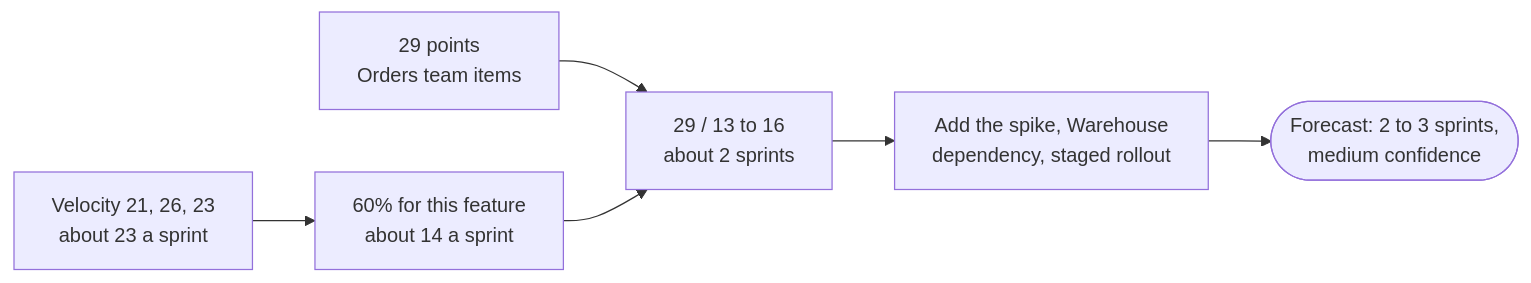
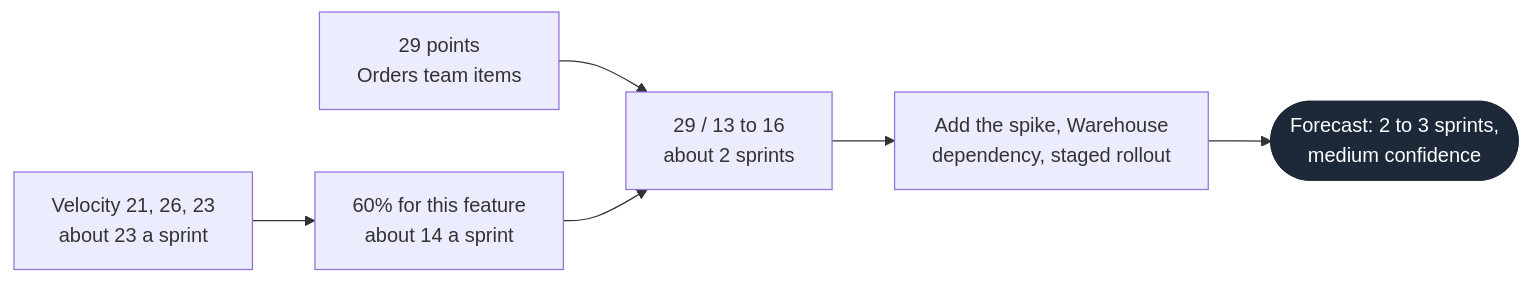
One commit to BaluRaut/improve-work changed the third of 3 diagrams in guides/ESTIMATION_GUIDELINES.md. Above: the diagram before and after it, drawn with Mermaid. The commit also changed other lines of this file and 7 other files, not shown here.

First line of the commit message:
Draw flow diagrams with React Flow

````diff
--- a/guides/ESTIMATION_GUIDELINES.md
+++ b/guides/ESTIMATION_GUIDELINES.md
@@ -129,13 +152,22 @@
 ```mermaid
 ---
 config:
   flowchart:
     wrappingWidth: 400
 ---
 flowchart LR
-  A["29 points<br>Orders team items"] --> D
-  B["Velocity 21, 26, 23<br>about 23 a sprint"] --> C["60% for this feature<br>about 14 a sprint"]
-  C --> D["29 / 13 to 16<br>about 2 sprints"]
-  D --> E["Add the spike, Warehouse<br>dependency, staged rollout"]
-  E --> F(["Forecast: 2 to 3 sprints,<br>medium confidence"])
+  %% flow: forecast
+  A["29 points<br>Orders team items"]
+  B["Velocity 21, 26, 23<br>about 23 a sprint"]
+  C["60% for this feature<br>about 14 a sprint"]
+  D["29 / 13 to 16<br>about 2 sprints"]
+  E["Add the spike, Warehouse<br>dependency, staged rollout"]
+  F(["Forecast: 2 to 3 sprints,<br>medium confidence"])
+  A --> D
+  B --> C
+  C --> D
+  D --> E
+  E --> F
+  classDef gate fill:#1d2939,stroke:#1d2939,color:#ffffff
+  class F gate
 ```
````
